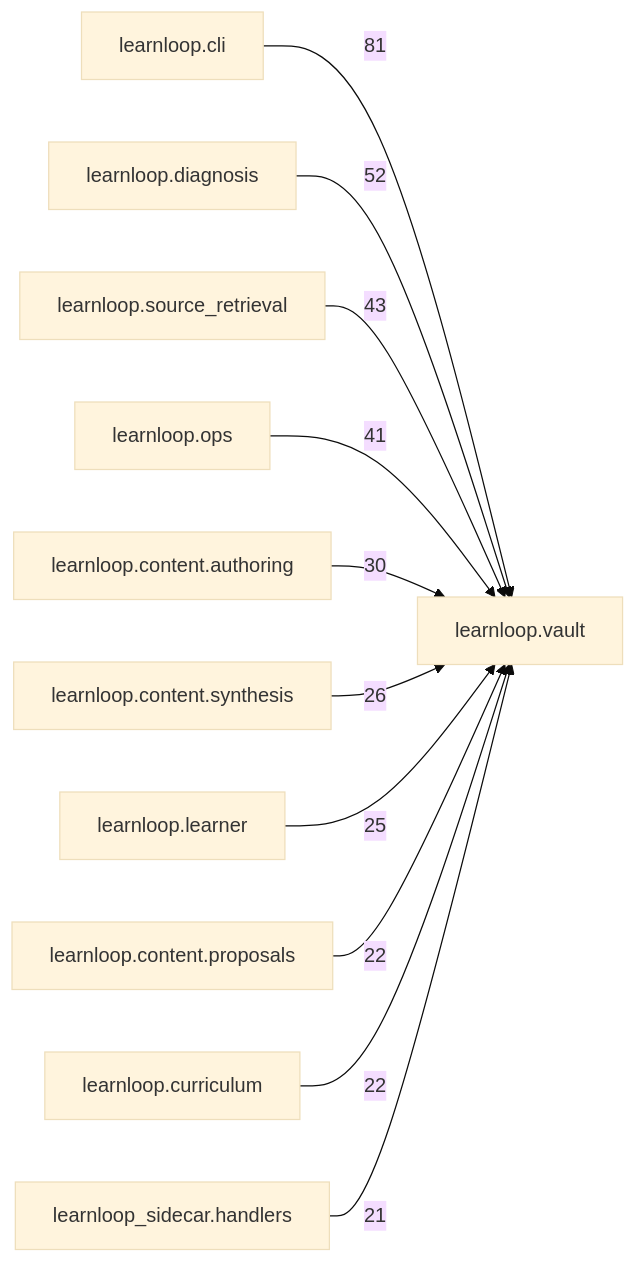
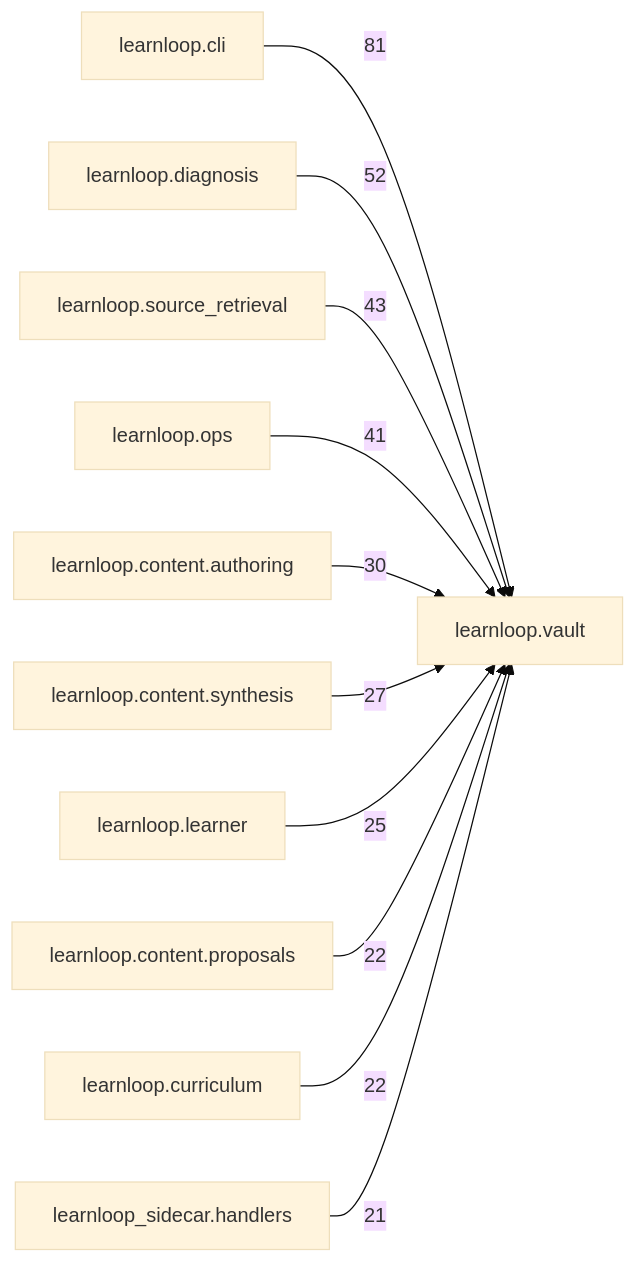
One commit to 6up-b/learnanything changed the diagram in docs/learnloop-architecture-vault/Reference/Modules/learnloop/vault/_package.md. Above: the diagram before and after it, drawn with Mermaid (base theme). The commit also changed other lines of this file and 24 other files, not shown here.

````diff
--- a/docs/learnloop-architecture-vault/Reference/Modules/learnloop/vault/_package.md
+++ b/docs/learnloop-architecture-vault/Reference/Modules/learnloop/vault/_package.md
@@ -137,24 +137,24 @@
 ```mermaid
 flowchart LR
     center["learnloop.vault"]
     n_learnloop_cli["learnloop.cli"]
     n_learnloop_diagnosis["learnloop.diagnosis"]
     n_learnloop_source_retrieval["learnloop.source_retrieval"]
     n_learnloop_ops["learnloop.ops"]
     n_learnloop_content_authoring["learnloop.content.authoring"]
     n_learnloop_content_synthesis["learnloop.content.synthesis"]
     n_learnloop_learner["learnloop.learner"]
     n_learnloop_content_proposals["learnloop.content.proposals"]
     n_learnloop_curriculum["learnloop.curriculum"]
     n_learnloop_sidecar_handlers["learnloop_sidecar.handlers"]
     n_learnloop_cli -->|81| center
     n_learnloop_diagnosis -->|52| center
     n_learnloop_source_retrieval -->|43| center
     n_learnloop_ops -->|41| center
     n_learnloop_content_authoring -->|30| center
-    n_learnloop_content_synthesis -->|26| center
+    n_learnloop_content_synthesis -->|27| center
     n_learnloop_learner -->|25| center
     n_learnloop_content_proposals -->|22| center
     n_learnloop_curriculum -->|22| center
     n_learnloop_sidecar_handlers -->|21| center
 ```
````
